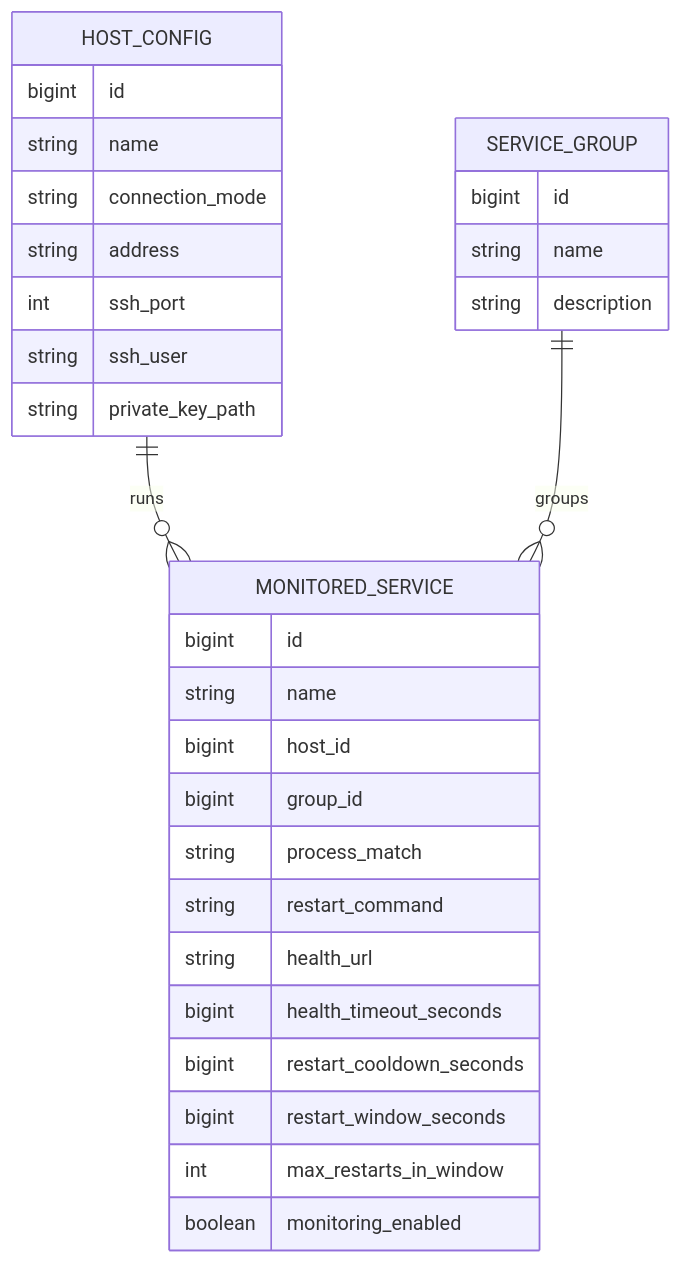
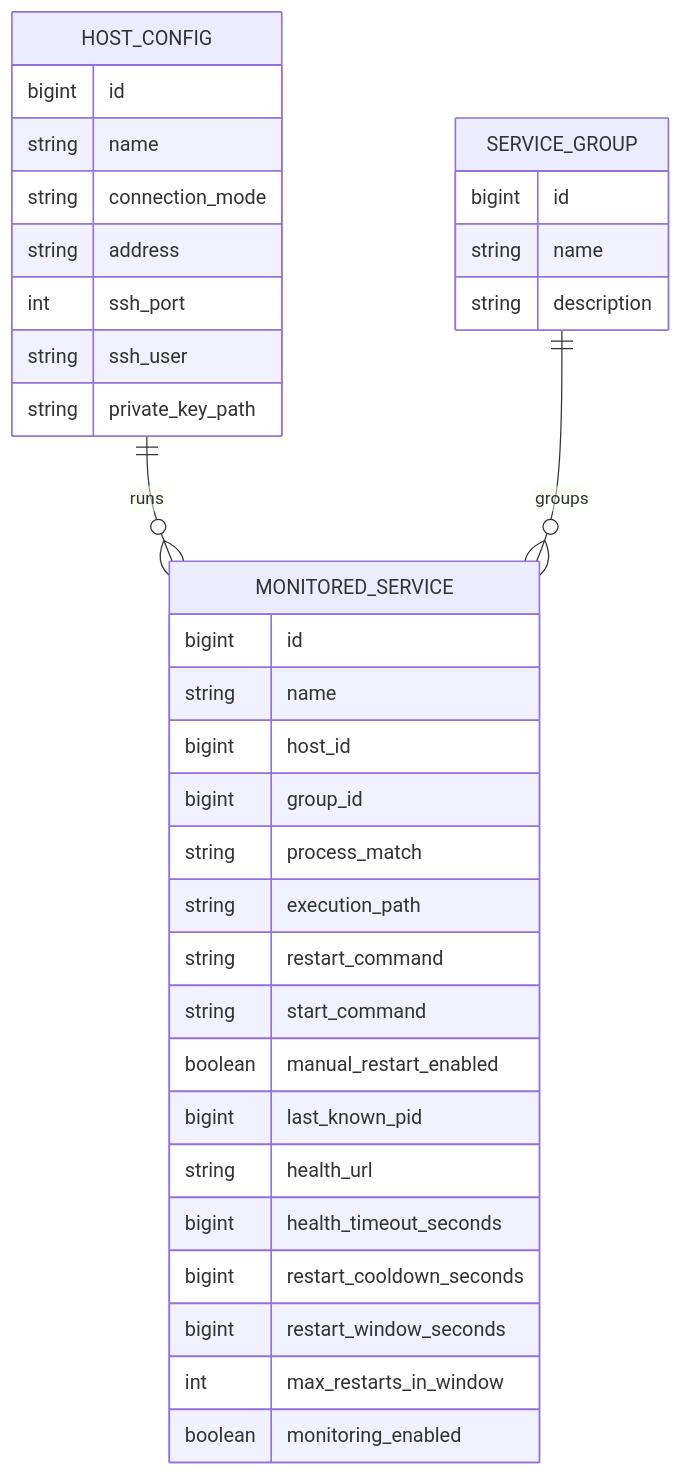
The second of 2 diagrams in README_RU.md (Keos99/host-guardian), drawn with Mermaid before and after one commit. The commit also changed other lines of this file and 12 other files, not shown here.

````diff
--- a/README_RU.md
+++ b/README_RU.md
@@ -107,36 +112,40 @@
 ```mermaid
 erDiagram
     HOST_CONFIG ||--o{ MONITORED_SERVICE : runs
     SERVICE_GROUP ||--o{ MONITORED_SERVICE : groups
 
     HOST_CONFIG {
         bigint id
         string name
         string connection_mode
         string address
         int ssh_port
         string ssh_user
         string private_key_path
     }
 
     SERVICE_GROUP {
         bigint id
         string name
         string description
     }
 
     MONITORED_SERVICE {
         bigint id
         string name
         bigint host_id
         bigint group_id
         string process_match
+        string execution_path
         string restart_command
+        string start_command
+        boolean manual_restart_enabled
+        bigint last_known_pid
         string health_url
         bigint health_timeout_seconds
         bigint restart_cooldown_seconds
         bigint restart_window_seconds
         int max_restarts_in_window
         boolean monitoring_enabled
     }
 ```
````
